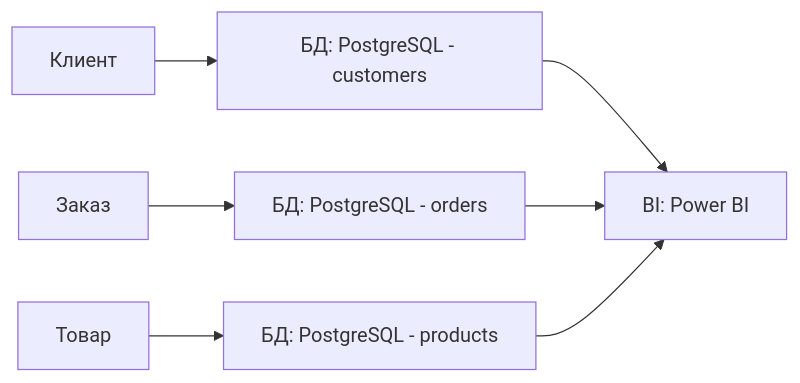
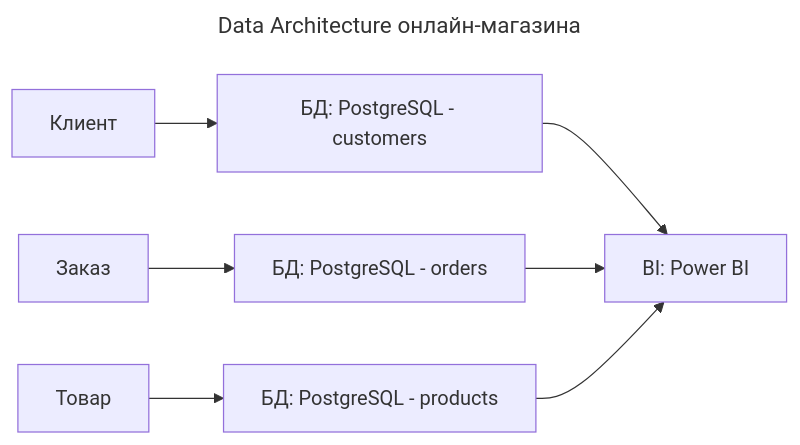
The second of 4 diagrams in software-engineer/pattern/architecture/Enterprise Architecture.md (mrtxee/enterprise-developer-almanac), drawn with Mermaid before and after one commit. The commit also changed other lines of this file and 40 other files, not shown here.

````diff
--- a/software-engineer/pattern/architecture/Enterprise Architecture.md
+++ b/software-engineer/pattern/architecture/Enterprise Architecture.md
@@ -90,9 +105,12 @@
 ```mermaid
+---
+title: Data Architecture онлайн-магазина
+---
 graph LR
     F[Клиент] --> G[БД: PostgreSQL - customers]
     H[Заказ] --> I[БД: PostgreSQL - orders]
     J[Товар] --> K[БД: PostgreSQL - products]
     G --> L[BI: Power BI]
     I --> L
     K --> L
 ```
````
